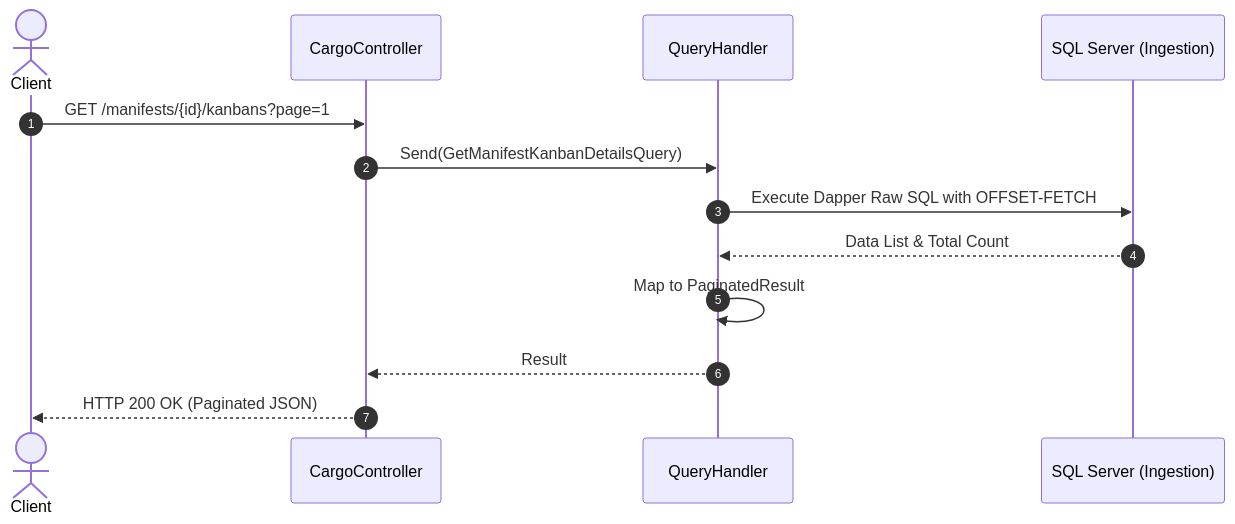
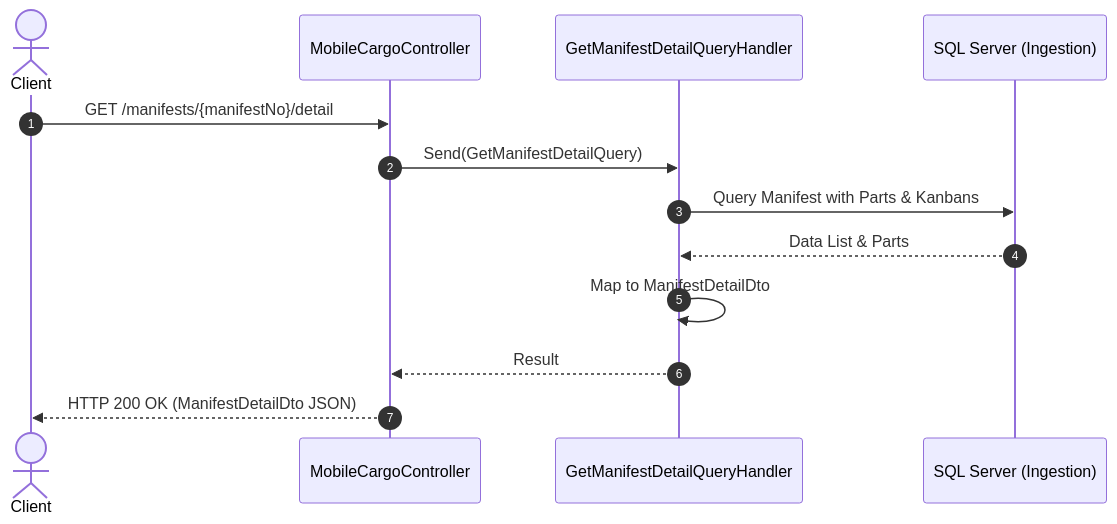
The seventh of 8 diagrams in docs/architecture/api-sequence-diagrams.md (odealidj/minione-edcl-net), drawn with Mermaid before and after one commit. The commit also changed other lines of this file and 15 other files, not shown here.

````diff
--- a/docs/architecture/api-sequence-diagrams.md
+++ b/docs/architecture/api-sequence-diagrams.md
@@ -245,16 +248,16 @@
 ```mermaid
 sequenceDiagram
     autonumber
     actor Client
-    participant Ctrl as CargoController
-    participant Hndl as QueryHandler
+    participant Ctrl as MobileCargoController
+    participant Hndl as GetManifestDetailQueryHandler
     participant DB as SQL Server (Ingestion)
 
-    Client->>Ctrl: GET /manifests/{id}/kanbans?page=1
-    Ctrl->>Hndl: Send(GetManifestKanbanDetailsQuery)
-    Hndl->>DB: Execute Dapper Raw SQL with OFFSET-FETCH
-    DB-->>Hndl: Data List & Total Count
-    Hndl->>Hndl: Map to PaginatedResult
+    Client->>Ctrl: GET /manifests/{manifestNo}/detail
+    Ctrl->>Hndl: Send(GetManifestDetailQuery)
+    Hndl->>DB: Query Manifest with Parts & Kanbans
+    DB-->>Hndl: Data List & Parts
+    Hndl->>Hndl: Map to ManifestDetailDto
     Hndl-->>Ctrl: Result
-    Ctrl-->>Client: HTTP 200 OK (Paginated JSON)
+    Ctrl-->>Client: HTTP 200 OK (ManifestDetailDto JSON)
 ```
````
